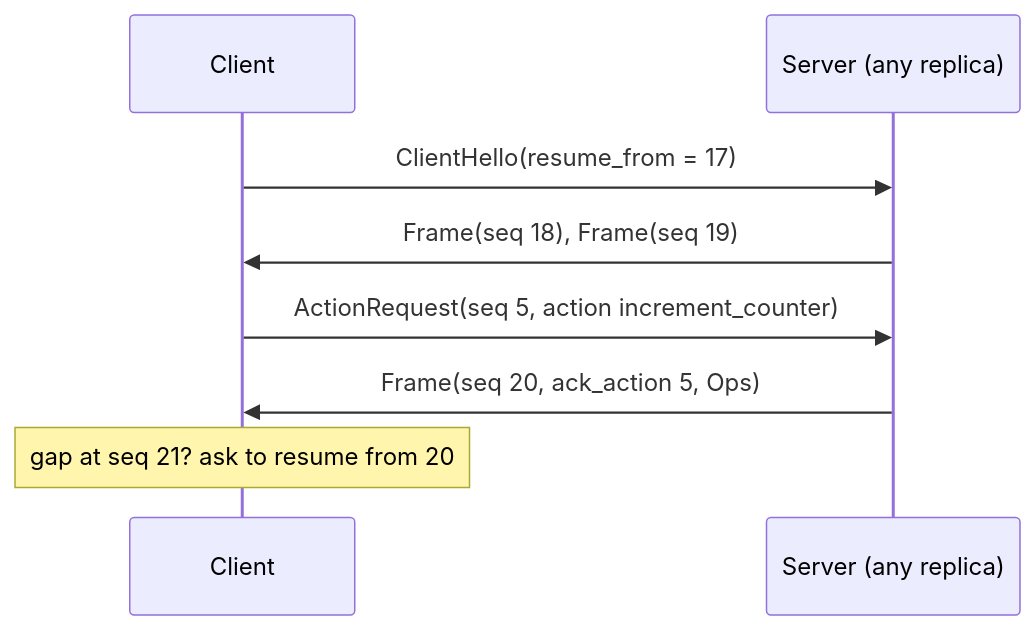
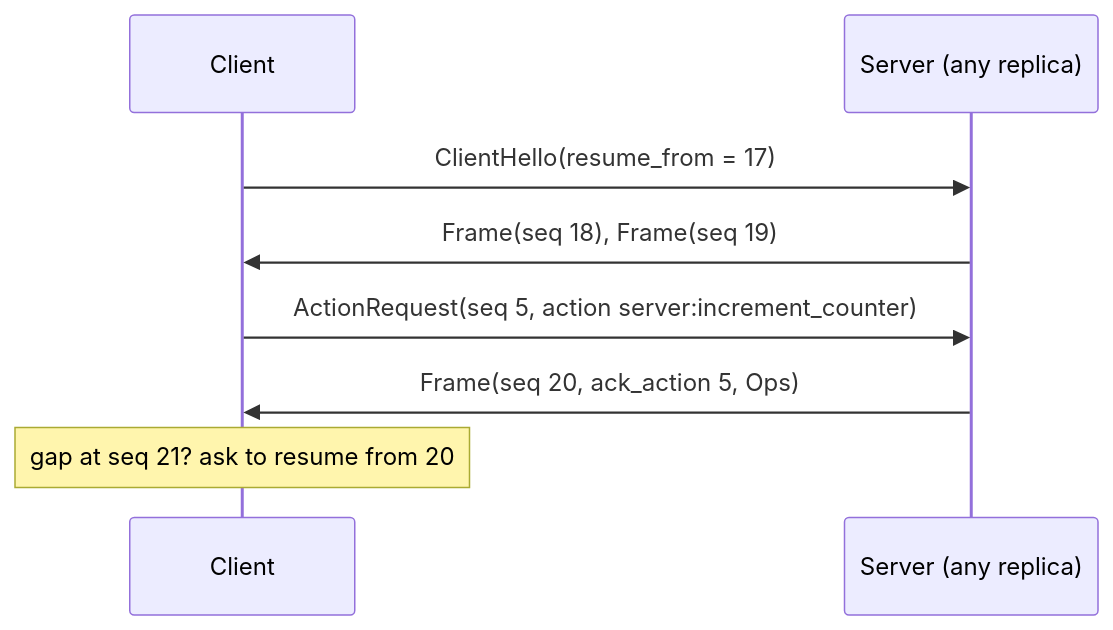
One commit to ewe-studios/ewe_platform changed the diagram in specifications/69-foundation-ui-v2/research/02-unified-wire-contract.md. Above: the diagram before and after it, drawn with Mermaid. The commit also changed other lines of this file and 9 other files, not shown here.

````diff
--- a/specifications/69-foundation-ui-v2/research/02-unified-wire-contract.md
+++ b/specifications/69-foundation-ui-v2/research/02-unified-wire-contract.md
@@ -168,10 +172,10 @@
 ```mermaid
 sequenceDiagram
     participant C as Client
     participant S as Server (any replica)
     C->>S: ClientHello(resume_from = 17)
     S->>C: Frame(seq 18), Frame(seq 19)
-    C->>S: ActionRequest(seq 5, action increment_counter)
+    C->>S: ActionRequest(seq 5, action server:increment_counter)
     S->>C: Frame(seq 20, ack_action 5, Ops)
     Note over C: gap at seq 21? ask to resume from 20
 ```
````
